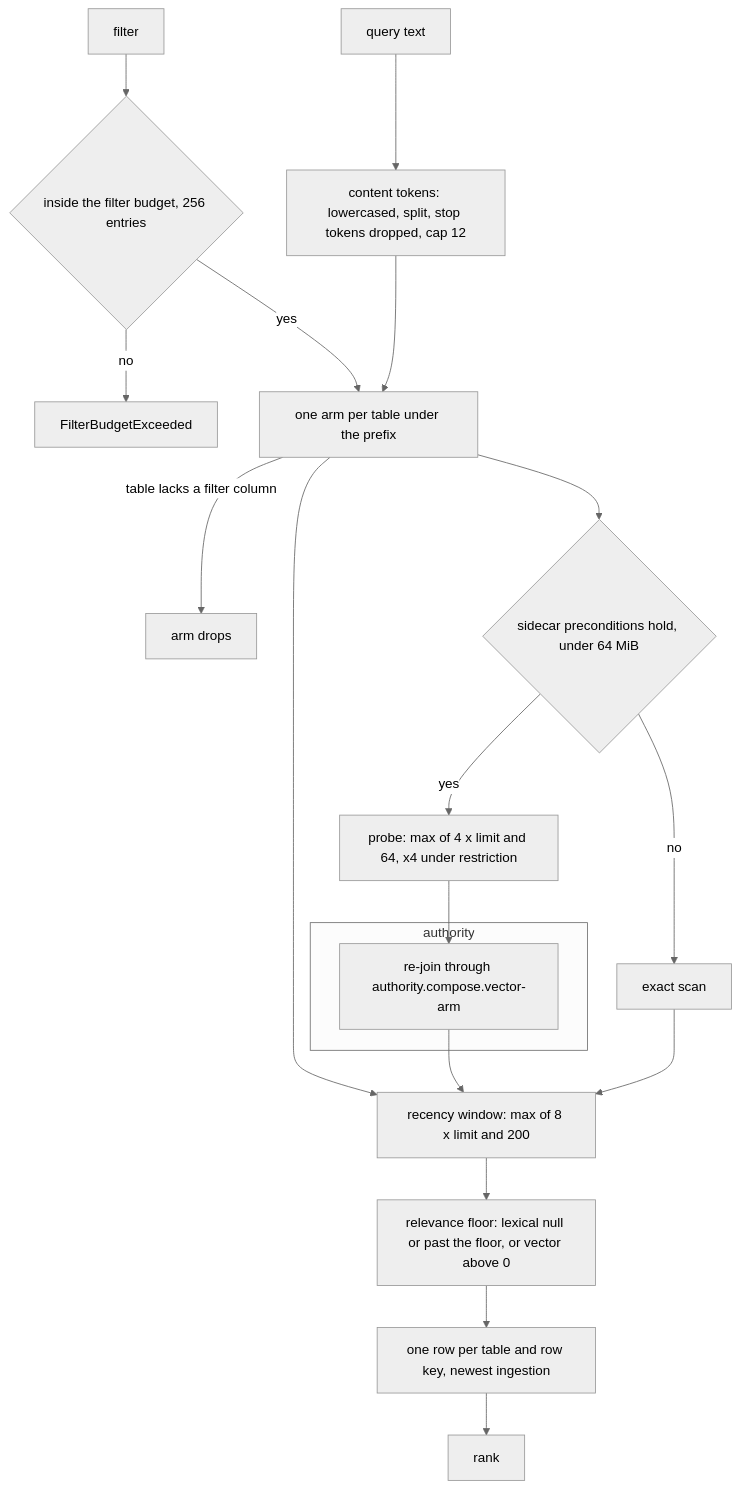
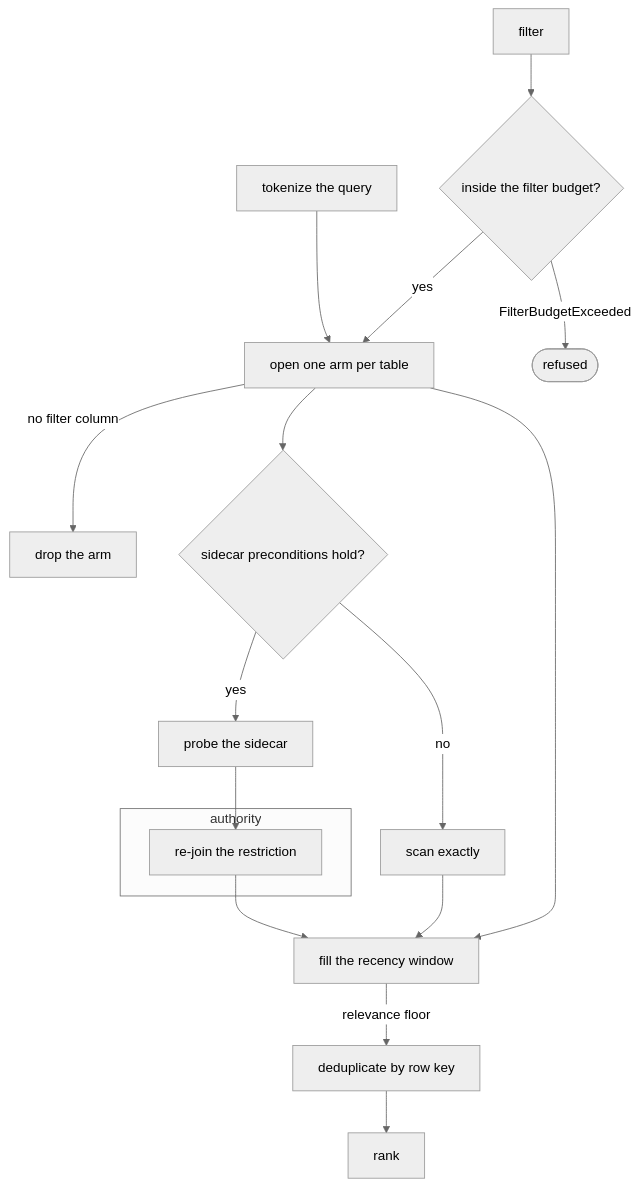
The third of 5 diagrams in spec/20-read.md (fractalboxdev/contextful), drawn with Mermaid (neutral theme) before and after one commit. The commit also changed other lines of this file and 24 other files, not shown here.

First line of the commit message:
spec: every flowchart draws one entity or process per node

````diff
--- a/spec/20-read.md
+++ b/spec/20-read.md
@@ -217,22 +213,20 @@
 ```mermaid
 flowchart TD
-  Q["query text"] --> TOK["content tokens: lowercased, split, stop tokens dropped, cap 12"]
-  F["filter"] --> BUD{"inside the filter budget, 256 entries"}
-  BUD -- "no" --> E1["FilterBudgetExceeded"]
-  BUD -- "yes" --> ARMS["one arm per table under the prefix"]
-  TOK --> ARMS
-  ARMS -- "table lacks a filter column" --> DROP["arm drops"]
-  ARMS --> WIN["recency window: max of 8 x limit and 200"]
-  ARMS --> SC{"sidecar preconditions hold, under 64 MiB"}
-  SC -- "yes" --> PROBE["probe: max of 4 x limit and 64, x4 under restriction"]
-  SC -- "no" --> EXACT["exact scan"]
+  Q["tokenize the query"] --> ARMS["open one arm per table"]
+  F["filter"] --> BUD{"inside the filter budget?"}
+  BUD -- "FilterBudgetExceeded" --> NO(["refused"])
+  BUD -- "yes" --> ARMS
+  ARMS -- "no filter column" --> DROP["drop the arm"]
+  ARMS --> SC{"sidecar preconditions hold?"}
+  SC -- "yes" --> PROBE["probe the sidecar"]
+  SC -- "no" --> EXACT["scan exactly"]
   subgraph AUTHC["authority"]
-    REJ["re-join through authority.compose.vector-arm"]
+    REJ["re-join the restriction"]
   end
   PROBE --> REJ
-  REJ --> WIN
+  REJ --> WIN["fill the recency window"]
   EXACT --> WIN
-  WIN --> FLOOR["relevance floor: lexical null or past the floor, or vector above 0"]
-  FLOOR --> DEDUP["one row per table and row key, newest ingestion"]
+  ARMS --> WIN
+  WIN -- "relevance floor" --> DEDUP["deduplicate by row key"]
   DEDUP --> RANK["rank"]
 ```
````
